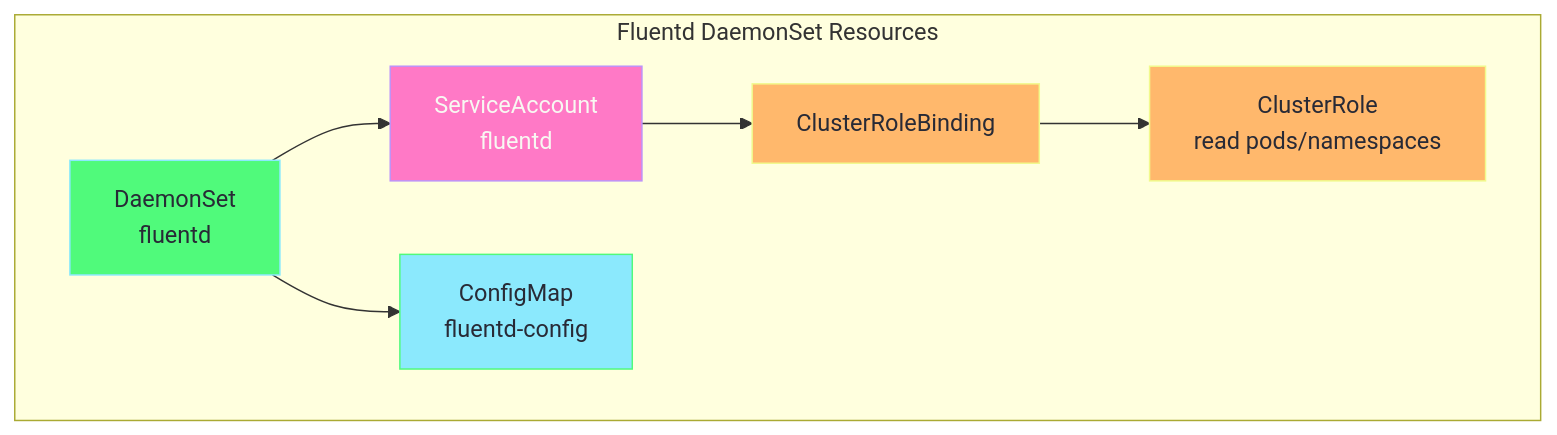
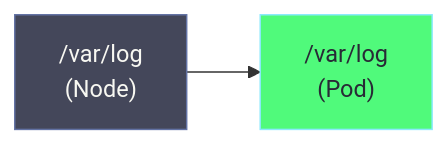
One commit to selvakumarperumal/k8s_minikube_learn changed the fourth of 6 diagrams in Workload_and_Application_Management/daemonset-fluentd-explained.md. Above: the diagram before and after it, drawn with Mermaid. The commit also changed other lines of this file and 1 other file, not shown here.

First line of the commit message:
fix: simplify log collector DaemonSet and update documentation

````diff
--- a/Workload_and_Application_Management/daemonset-fluentd-explained.md
+++ b/Workload_and_Application_Management/daemonset-fluentd-explained.md
@@ -99,21 +139,7 @@
 ```mermaid
-flowchart TB
-    subgraph DaemonSetResources["Fluentd DaemonSet Resources"]
-        DS["DaemonSet<br/>fluentd"]
-        SA["ServiceAccount<br/>fluentd"]
-        CR["ClusterRole<br/>read pods/namespaces"]
-        CRB["ClusterRoleBinding"]
-        CM["ConfigMap<br/>fluentd-config"]
-    end
+flowchart LR
+    HostPath["/var/log<br/>(Node)"] --> Mount["/var/log<br/>(Pod)"]
     
-    DS --> SA
-    SA --> CRB
-    CRB --> CR
-    DS --> CM
-    
-    style DS fill:#50fa7b,stroke:#8be9fd,color:#282a36
-    style SA fill:#ff79c6,stroke:#bd93f9,color:#f8f8f2
-    style CR fill:#ffb86c,stroke:#f1fa8c,color:#282a36
-    style CRB fill:#ffb86c,stroke:#f1fa8c,color:#282a36
-    style CM fill:#8be9fd,stroke:#50fa7b,color:#282a36
+    style HostPath fill:#44475a,stroke:#6272a4,color:#f8f8f2
+    style Mount fill:#50fa7b,stroke:#8be9fd,color:#282a36
 ```
````
